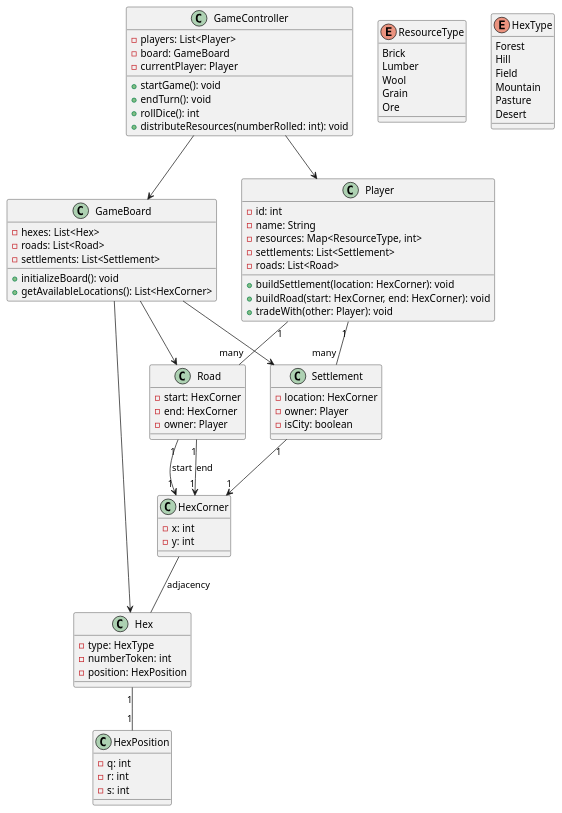
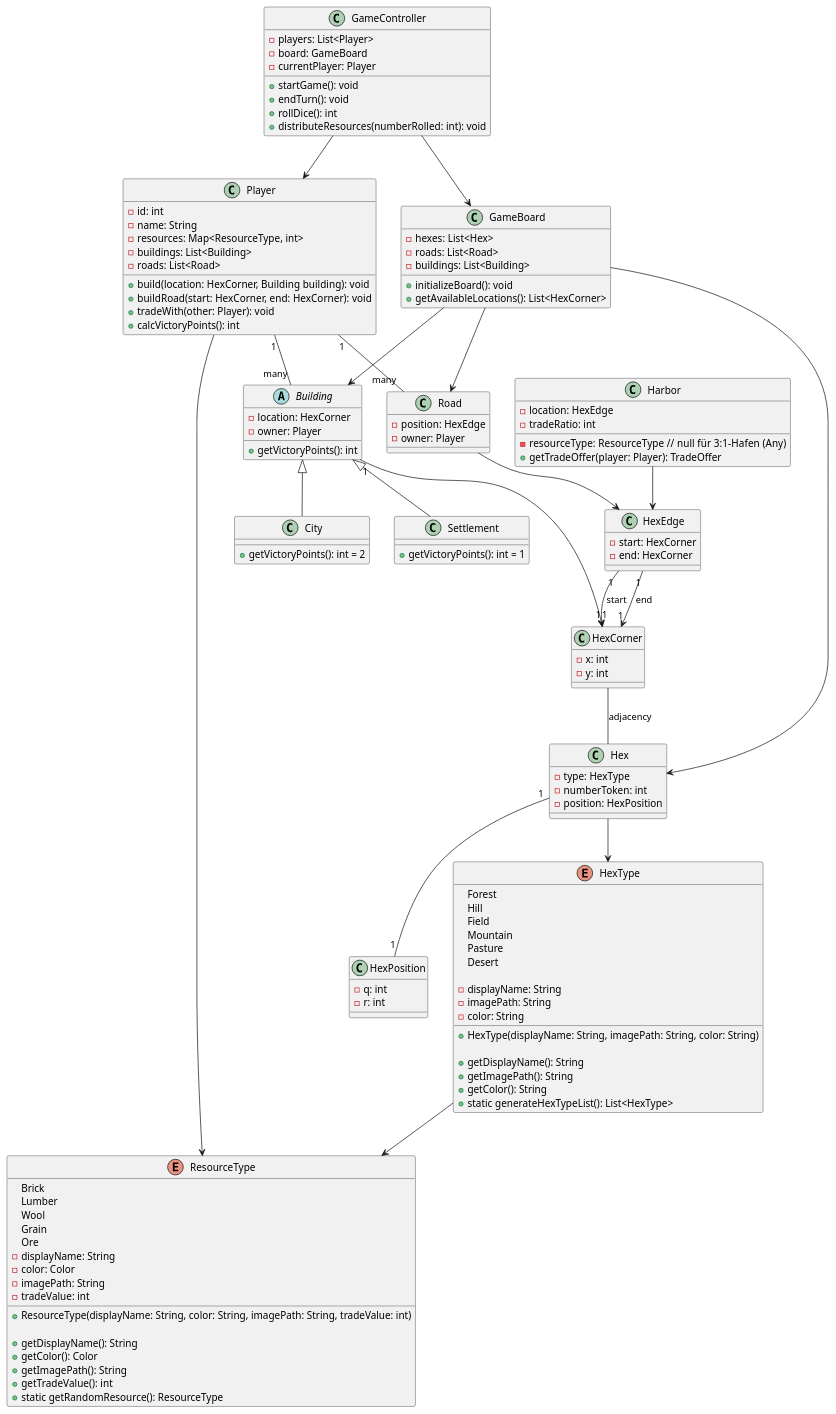
One commit to MrJonix/theSettlersOfJava changed the diagram in architecture_overview.wsd. Above: the diagram before and after it, drawn with PlantUML. The commit also changed 2 other files, not shown here.

Commit message:
change: uml diagramm

```diff
--- a/architecture_overview.wsd
+++ b/architecture_overview.wsd
@@ -1,97 +1,142 @@
 @startuml
 ' Spieler-Klasse
 class Player {
   - id: int
   - name: String
   - resources: Map<ResourceType, int>
-  - settlements: List<Settlement>
+  - buildings: List<Building>
   - roads: List<Road>
-  + buildSettlement(location: HexCorner): void
+  + build(location: HexCorner, Building building): void
   + buildRoad(start: HexCorner, end: HexCorner): void
   + tradeWith(other: Player): void
+  + calcVictoryPoints(): int
 }
 
 ' Spielfeld-Klassen
 class GameBoard {
   - hexes: List<Hex>
   - roads: List<Road>
-  - settlements: List<Settlement>
+  - buildings: List<Building>
   + initializeBoard(): void
   + getAvailableLocations(): List<HexCorner>
 }
 
 class Hex {
   - type: HexType
   - numberToken: int
   - position: HexPosition
 }
 
-class Road {
+class HexEdge {
   - start: HexCorner
   - end: HexCorner
+}
+
+class Road {
+  - position: HexEdge
   - owner: Player
 }
 
-class Settlement {
+abstract class Building {
   - location: HexCorner
   - owner: Player
-  - isCity: boolean
+  + getVictoryPoints(): int
+}
+
+class Settlement extends Building {
+  + getVictoryPoints(): int = 1
+}
+
+class City extends Building {
+  + getVictoryPoints(): int = 2
 }
 
 ' Spiel-Controller
 class GameController {
   - players: List<Player>
   - board: GameBoard
   - currentPlayer: Player
   + startGame(): void
   + endTurn(): void
   + rollDice(): int
   + distributeResources(numberRolled: int): void
 }
 
 ' Ressourcentyp-Enum
 enum ResourceType {
   Brick
   Lumber
   Wool
   Grain
   Ore
+  - displayName: String
+  - color: Color
+  - imagePath: String
+  - tradeValue: int
+  + ResourceType(displayName: String, color: String, imagePath: String, tradeValue: int)
+  
+  + getDisplayName(): String
+  + getColor(): Color
+  + getImagePath(): String
+  + getTradeValue(): int
+  + static getRandomResource(): ResourceType
 }
-
 ' HexTyp-Enum
 enum HexType {
   Forest
   Hill
   Field
   Mountain
   Pasture
   Desert
+
+  - displayName: String
+  - imagePath: String
+  - color: String
+
+  + HexType(displayName: String, imagePath: String, color: String)
+
+  + getDisplayName(): String
+  + getImagePath(): String
+  + getColor(): String
+  + static generateHexTypeList(): List<HexType>
 }
+
 
 ' Hilfsklassen
 class HexCorner {
   - x: int
   - y: int
 }
 
 class HexPosition {
   - q: int
   - r: int
-  - s: int
+}
+
+class Harbor {
+  - location: HexEdge
+  - tradeRatio: int
+  - resourceType: ResourceType  // null für 3:1-Hafen (Any)
+  + getTradeOffer(player: Player): TradeOffer
 }
 
 ' Beziehungen
 Player "1" -- "many" Road
-Player "1" -- "many" Settlement
-Settlement "1" --> "1" HexCorner
-Road "1" --> "1" HexCorner : start
-Road "1" --> "1" HexCorner : end
+Player "1" -- "many" Building
+Player --> ResourceType
+HexType --> ResourceType
+Building "1" --> "1" HexCorner
+HexEdge "1" --> "1" HexCorner : start
+HexEdge "1" --> "1" HexCorner : end
 Hex "1" -- "1" HexPosition
 HexCorner -- Hex : adjacency
-
+Road  -->  HexEdge
+Harbor -->  HexEdge
+Hex --> HexType
 GameController --> Player
 GameController --> GameBoard
 GameBoard --> Hex
-GameBoard --> Settlement
+GameBoard --> Building
 GameBoard --> Road
 @enduml
```
